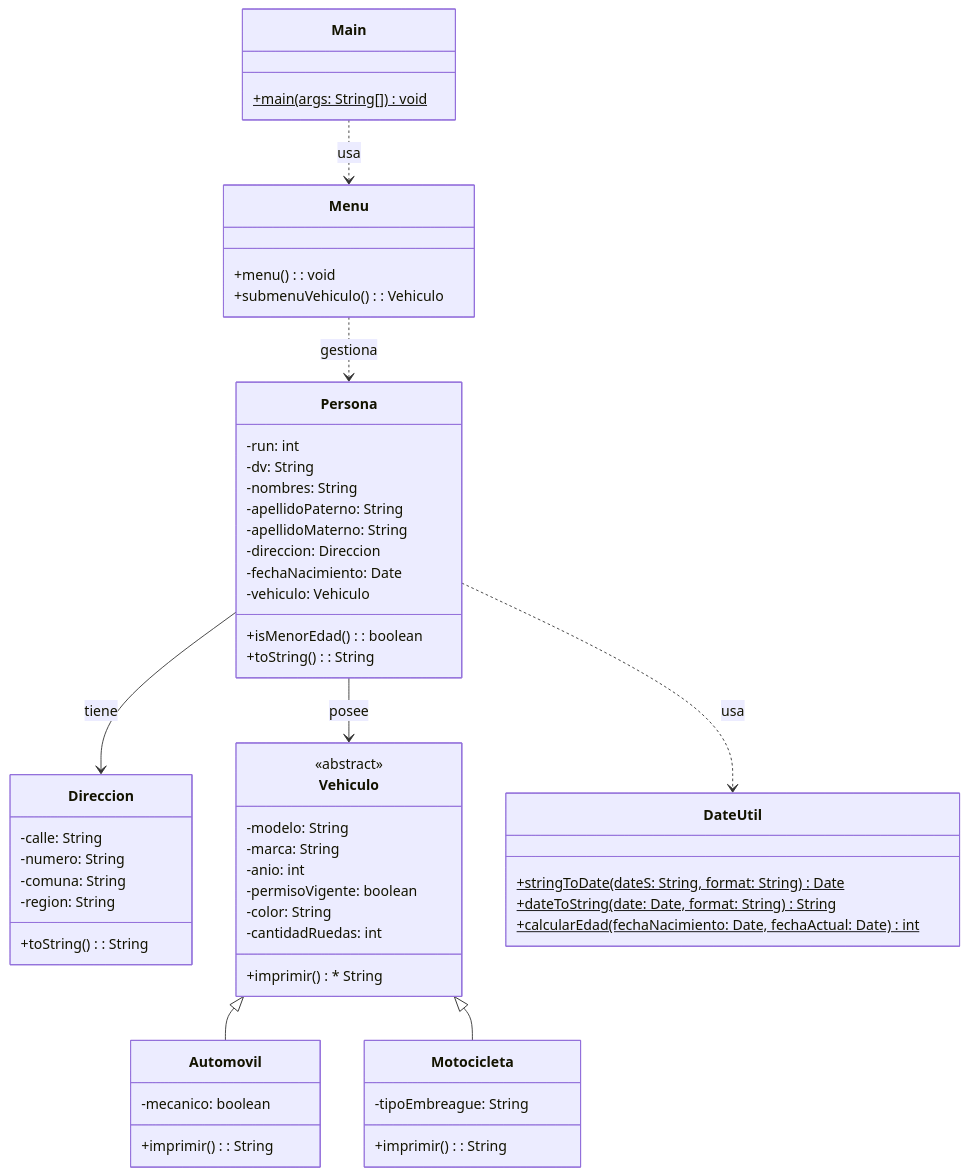
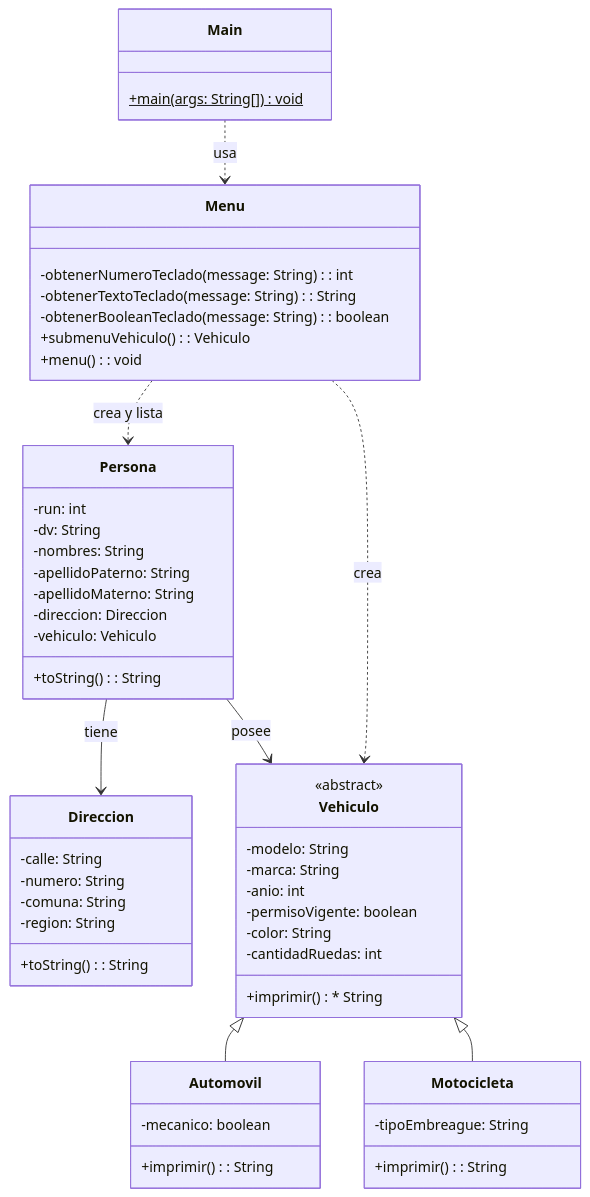
Before and after one commit to elprofecarreno/poo-fundaments: the diagram in 10/README.md, drawn with Mermaid. The commit also changed other lines of this file and 34 other files, not shown here.

````diff
--- a/10/README.md
+++ b/10/README.md
@@ -11,67 +11,62 @@
 ```mermaid
 classDiagram
-    class Main {
-        +main(args: String[])$ void
-    }
-
     class Menu {
+        -obtenerNumeroTeclado(message: String): int
+        -obtenerTextoTeclado(message: String): String
+        -obtenerBooleanTeclado(message: String): boolean
+        +submenuVehiculo(): Vehiculo
         +menu(): void
-        +submenuVehiculo(): Vehiculo
-    }
-
-    class Persona {
-        -run: int
-        -dv: String
-        -nombres: String
-        -apellidoPaterno: String
-        -apellidoMaterno: String
-        -direccion: Direccion
-        -fechaNacimiento: Date
-        -vehiculo: Vehiculo
-        +isMenorEdad(): boolean
-        +toString(): String
-    }
-
-    class Direccion {
-        -calle: String
-        -numero: String
-        -comuna: String
-        -region: String
-        +toString(): String
     }
 
     class Vehiculo {
         <<abstract>>
         -modelo: String
         -marca: String
         -anio: int
         -permisoVigente: boolean
         -color: String
         -cantidadRuedas: int
         +imprimir() * String
     }
 
     class Automovil {
         -mecanico: boolean
         +imprimir(): String
     }
 
     class Motocicleta {
         -tipoEmbreague: String
         +imprimir(): String
     }
 
-    class DateUtil {
-        +stringToDate(dateS: String, format: String)$ Date
-        +dateToString(date: Date, format: String)$ String
-        +calcularEdad(fechaNacimiento: Date, fechaActual: Date)$ int
+    class Persona {
+        -run: int
+        -dv: String
+        -nombres: String
+        -apellidoPaterno: String
+        -apellidoMaterno: String
+        -direccion: Direccion
+        -vehiculo: Vehiculo
+        +toString(): String
+    }
+
+    class Direccion {
+        -calle: String
+        -numero: String
+        -comuna: String
+        -region: String
+        +toString(): String
+    }
+
+    class Main {
+        +main(args: String[])$ void
     }
 
     Vehiculo <|-- Automovil
     Vehiculo <|-- Motocicleta
     Persona --> Direccion : tiene
     Persona --> Vehiculo : posee
     Main ..> Menu : usa
-    Menu ..> Persona : gestiona
-    Persona ..> DateUtil : usa
+    Menu ..> Persona : crea y lista
+    Menu ..> Vehiculo : crea
 ```
````
